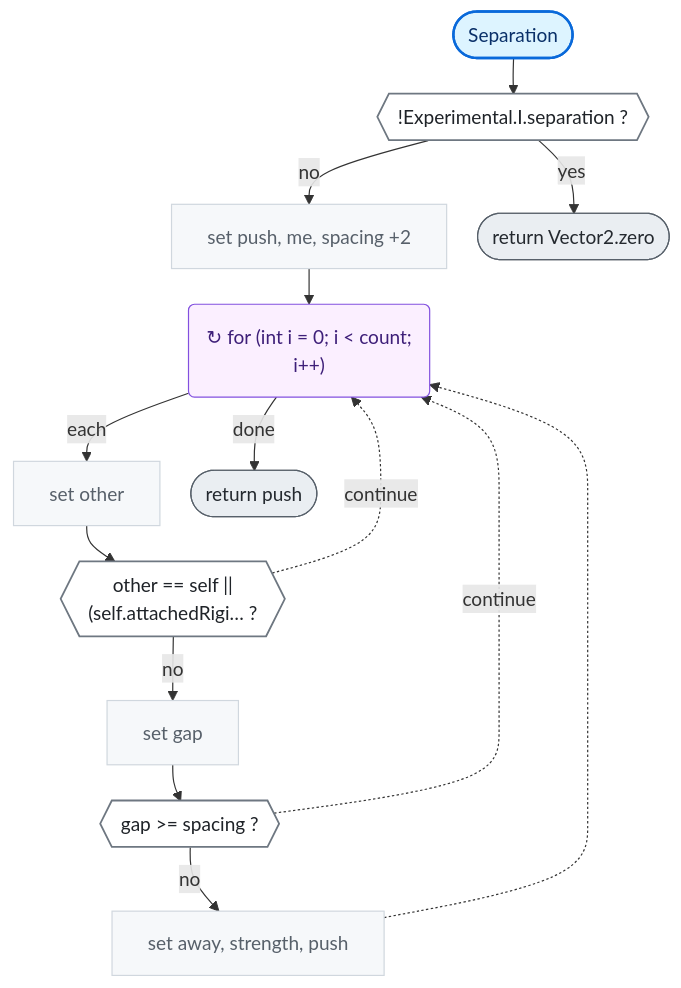
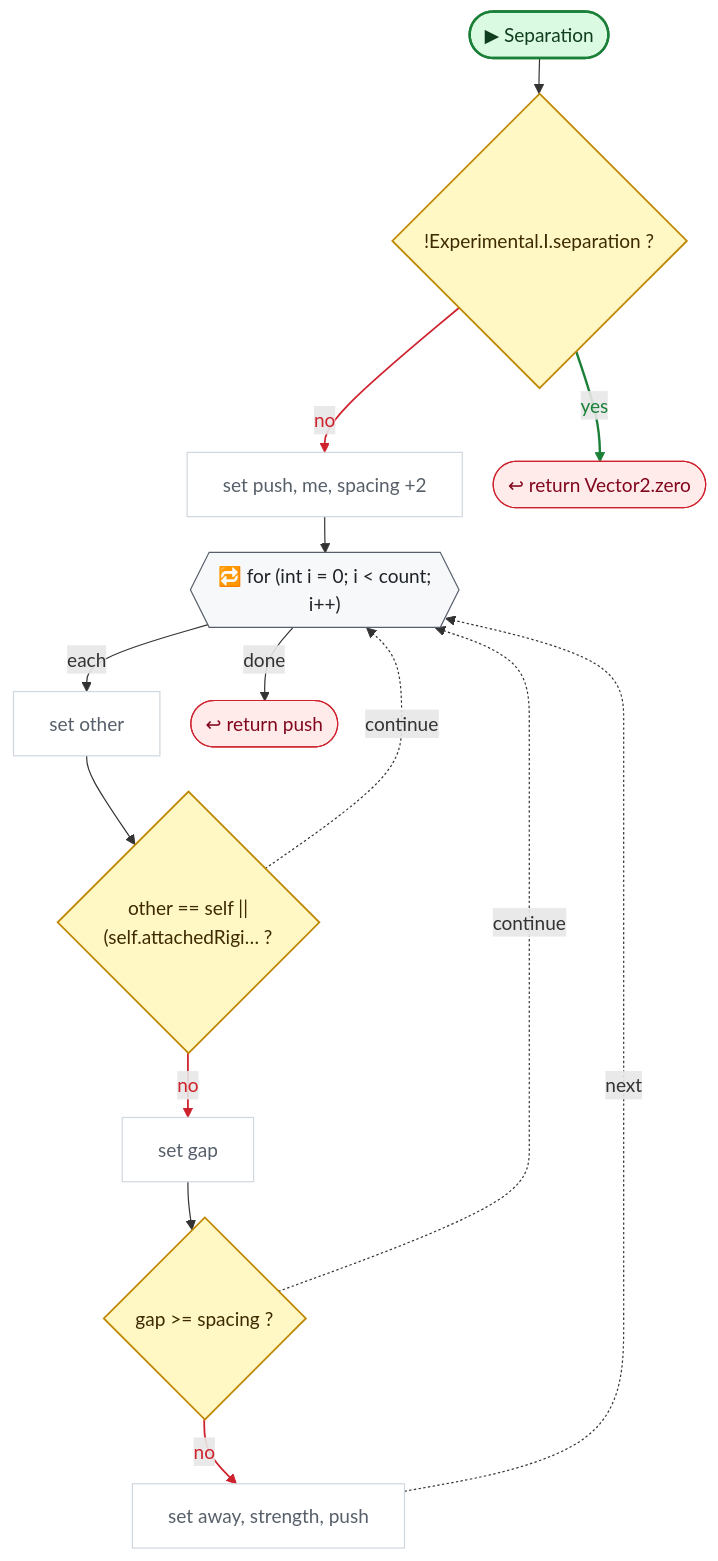
Diagram 14 of 14 in CodeGraph~/graph/AI/PathFinding.cs.md (nataiai/Lord-of-the-Dungeon), drawn with Mermaid before and after one commit. The commit also changed other lines of this file and 44 other files, not shown here.

````diff
--- a/CodeGraph~/graph/AI/PathFinding.cs.md
+++ b/CodeGraph~/graph/AI/PathFinding.cs.md
@@ -798,49 +869,57 @@
 ```mermaid
 ---
 config:
   flowchart:
     wrappingWidth: 260
     nodeSpacing: 26
     rankSpacing: 30
 ---
 flowchart TD
-  nS(["Separation"])
-  nd5f71e{{"!Experimental.I.separation ?"}}
+  nS(["▶ Separation"])
+  nd5f71e{"!Experimental.I.separation ?"}
   n437a07["set push, me, spacing +2"]
-  n53e76b("  ↻ for (int i = 0; i #60; count;<br>i++)  ")
+  n53e76b{{"🔁 for (int i = 0; i #60; count;<br>i++)"}}
   n8a9315["set other"]
-  ne9c60b{{"other == self #124;#124;<br>(self.attachedRigi… ?"}}
+  ne9c60b{"other == self #124;#124;<br>(self.attachedRigi… ?"}
   n0f3a6e["set gap"]
-  n48cdbb{{"gap #62;= spacing ?"}}
+  n48cdbb{"gap #62;= spacing ?"}
   n61556e["set away, strength, push"]
-  n7a68cd(["return Vector2.zero"])
-  naa1668(["return push"])
+  n7a68cd(["↩ return Vector2.zero"])
+  naa1668(["↩ return push"])
   nS --> nd5f71e
   nd5f71e -->|no| n437a07
   nd5f71e -->|yes| n7a68cd
   n437a07 --> n53e76b
   n53e76b -->|each| n8a9315
   n8a9315 --> ne9c60b
   ne9c60b -.->|continue| n53e76b
   ne9c60b -->|no| n0f3a6e
   n0f3a6e --> n48cdbb
   n48cdbb -.->|continue| n53e76b
   n48cdbb -->|no| n61556e
-  n61556e -.-> n53e76b
+  n61556e -.->|next| n53e76b
   n53e76b -->|done| naa1668
-  classDef unity fill:#fff1c2,stroke:#9a6700,stroke-width:2px,color:#3b2300
-  classDef start fill:#ddf4ff,stroke:#0969da,stroke-width:2px,color:#0a3069
-  classDef calc fill:#f6f8fa,stroke:#d0d7de,color:#57606a
-  classDef calls fill:#ffffff,stroke:#0969da,stroke-width:2.5px,color:#0a3069
-  classDef cond fill:#ffffff,stroke:#6e7781,stroke-width:1.5px,color:#1f2328
-  classDef loop fill:#fbefff,stroke:#8250df,color:#3e1f79
-  classDef exit fill:#eaeef2,stroke:#57606a,color:#24292f
-  classDef wait fill:#fff8f0,stroke:#bc4c00,color:#4d1d00
+  linkStyle 1 stroke:#cf222e,stroke-width:1.5px,color:#cf222e
+  linkStyle 2 stroke:#1a7f37,stroke-width:2px,color:#1a7f37
+  linkStyle 7 stroke:#cf222e,stroke-width:1.5px,color:#cf222e
+  linkStyle 10 stroke:#cf222e,stroke-width:1.5px,color:#cf222e
+  classDef unity fill:#dafbe1,stroke:#1a7f37,stroke-width:2px,color:#0f3d1d
+  classDef start fill:#dafbe1,stroke:#1a7f37,stroke-width:2px,color:#0f3d1d
+  classDef calc fill:#ffffff,stroke:#d0d7de,color:#57606a
+  classDef calls fill:#ddf4ff,stroke:#0969da,stroke-width:2px,color:#0a3069
+  classDef ext fill:#ddf4ff,stroke:#0969da,stroke-width:2px,stroke-dasharray:5 3,color:#0a3069
+  classDef cond fill:#fff8c5,stroke:#bf8700,stroke-width:1.5px,color:#3d2a00
+  classDef loop fill:#f6f8fa,stroke:#57606a,color:#1f2328
+  classDef exit fill:#ffebe9,stroke:#cf222e,color:#82071e
+  classDef kill fill:#ffebe9,stroke:#cf222e,stroke-width:2px,color:#82071e
+  classDef spawn fill:#dafbe1,stroke:#1a7f37,stroke-width:2px,color:#0f3d1d
+  classDef wait fill:#fff1e5,stroke:#bc4c00,color:#4d1d00
   classDef fin fill:#eaeef2,stroke:#8c959f,color:#57606a
   classDef join fill:#d0d7de,stroke:#8c959f,color:#57606a
+  classDef ghdr fill:#f5f9ff,stroke:#f5f9ff,color:#0a3069,font-weight:bold
   class n437a07,n8a9315,n0f3a6e,n61556e calc
   class nd5f71e,ne9c60b,n48cdbb cond
   class n7a68cd,naa1668 exit
   class n53e76b loop
   class nS start
 ```
````
